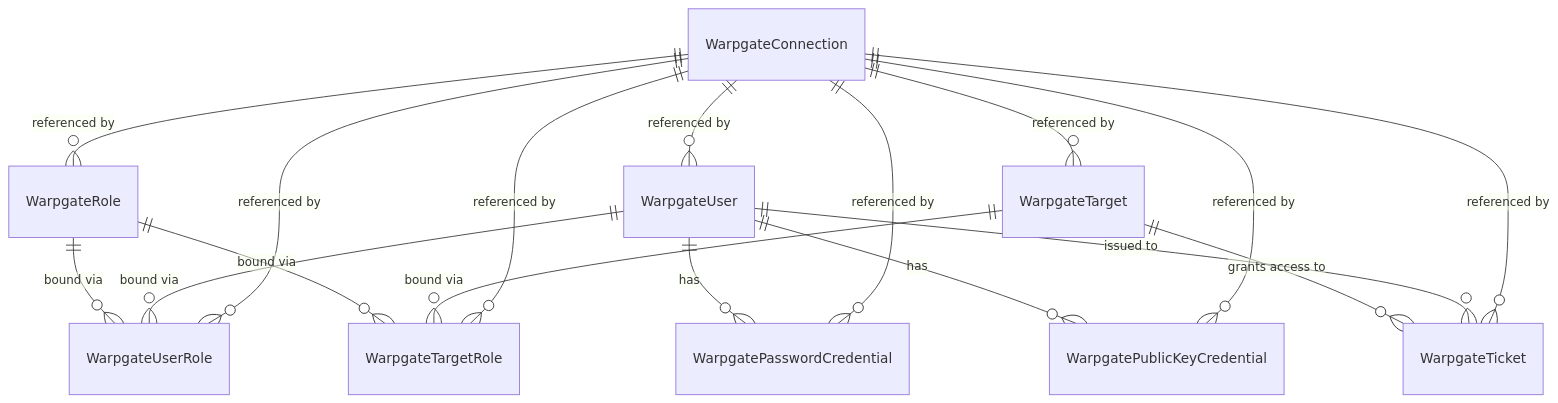
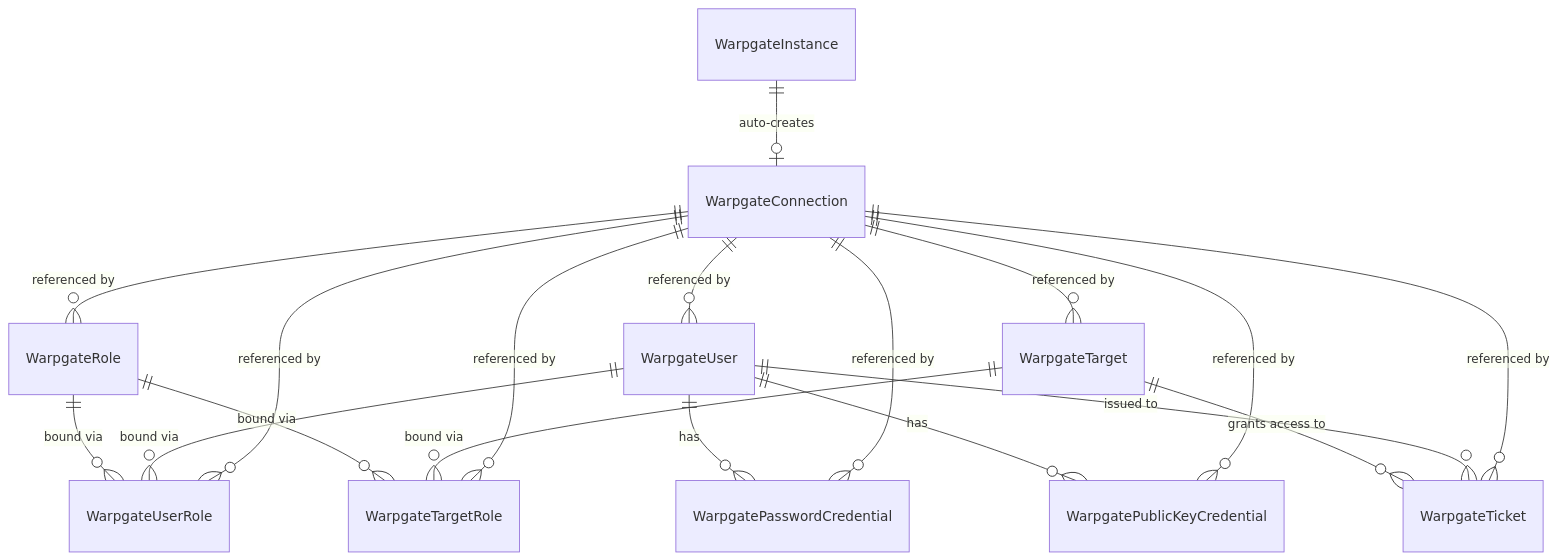
The second of 2 diagrams in README.md (thereisnotime/warpgate-operator), drawn with Mermaid before and after one commit. The commit also changed other lines of this file and 22 other files, not shown here.

First line of the commit message:
feat: add WarpgateInstance CRD to deploy and manage Warpgate servers

````diff
--- a/README.md
+++ b/README.md
@@ -138,23 +140,24 @@
 ```mermaid
 erDiagram
+    WarpgateInstance ||--o| WarpgateConnection : "auto-creates"
     WarpgateConnection ||--o{ WarpgateRole : "referenced by"
     WarpgateConnection ||--o{ WarpgateUser : "referenced by"
     WarpgateConnection ||--o{ WarpgateTarget : "referenced by"
     WarpgateConnection ||--o{ WarpgateUserRole : "referenced by"
     WarpgateConnection ||--o{ WarpgateTargetRole : "referenced by"
     WarpgateConnection ||--o{ WarpgatePasswordCredential : "referenced by"
     WarpgateConnection ||--o{ WarpgatePublicKeyCredential : "referenced by"
     WarpgateConnection ||--o{ WarpgateTicket : "referenced by"
 
     WarpgateUser ||--o{ WarpgateUserRole : "bound via"
     WarpgateRole ||--o{ WarpgateUserRole : "bound via"
 
     WarpgateTarget ||--o{ WarpgateTargetRole : "bound via"
     WarpgateRole ||--o{ WarpgateTargetRole : "bound via"
 
     WarpgateUser ||--o{ WarpgatePasswordCredential : "has"
     WarpgateUser ||--o{ WarpgatePublicKeyCredential : "has"
 
     WarpgateUser ||--o{ WarpgateTicket : "issued to"
     WarpgateTarget ||--o{ WarpgateTicket : "grants access to"
 ```
````
